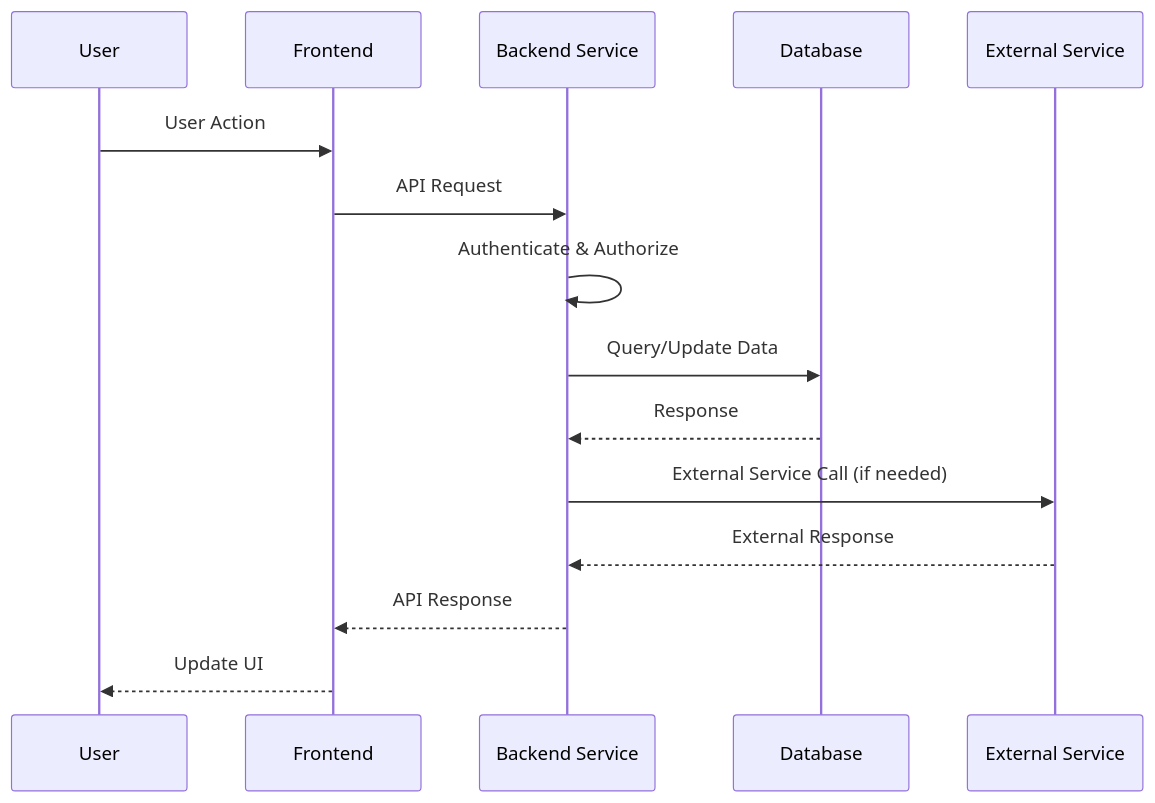
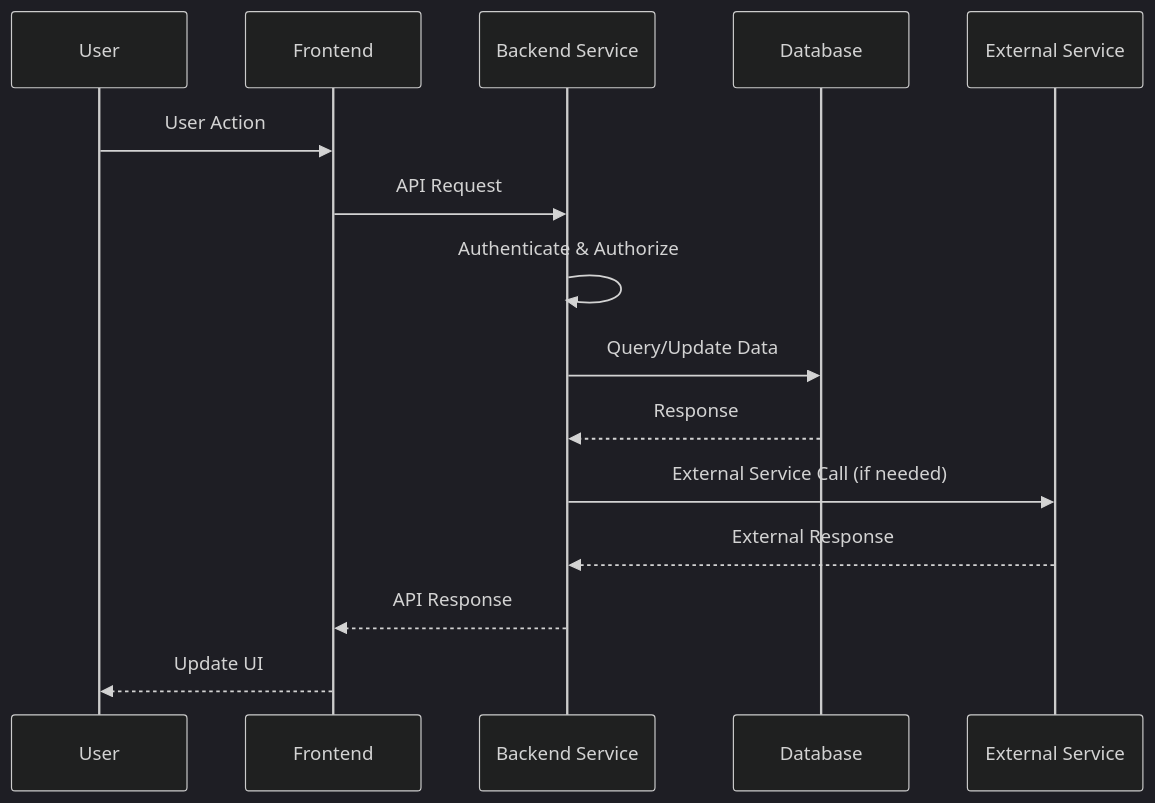
The second of 4 diagrams in README.md (matthewswogger/family-med-nanny), drawn with Mermaid before and after one commit. The commit also changed other lines of this file, not shown here.

Commit message:
made mermaid charts readable on github

````diff
--- a/README.md
+++ b/README.md
@@ -77,22 +78,23 @@
 ```mermaid
 ---
 config:
-  theme: default
+  theme: dark
+  # theme: neutral
 ---
 sequenceDiagram
     participant U as User
     participant F as Frontend
     participant S as Backend Service
     participant D as Database
     participant E as External Service
 
     U->>F: User Action
     F->>S: API Request
     S->>S: Authenticate & Authorize
     S->>D: Query/Update Data
     D-->>S: Response
     S->>E: External Service Call (if needed)
     E-->>S: External Response
     S-->>F: API Response
     F-->>U: Update UI
 ```
````
